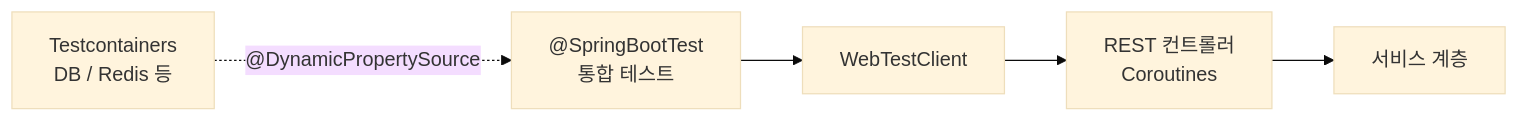
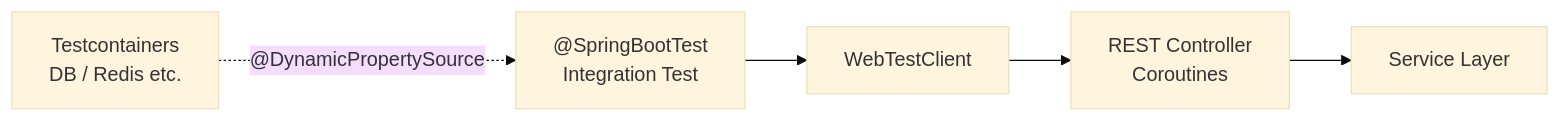
One commit to bluetape4k/bluetape4k-projects changed the fourth of 4 diagrams in spring-boot3/core/README.md. Above: the diagram before and after it, drawn with Mermaid (base theme). The commit also changed other lines of this file and 265 other files, not shown here.

````diff
--- a/spring-boot3/core/README.md
+++ b/spring-boot3/core/README.md
@@ -140,7 +142,7 @@
 ```mermaid
 flowchart LR
-    Test["@SpringBootTest<br/>통합 테스트"] --> WTC["WebTestClient"]
-    WTC --> Controller["REST 컨트롤러<br/>Coroutines"]
-    Controller --> Service["서비스 계층"]
-    TC["Testcontainers<br/>DB / Redis 등"] -.->|"@DynamicPropertySource"| Test
+    Test["@SpringBootTest<br/>Integration Test"] --> WTC["WebTestClient"]
+    WTC --> Controller["REST Controller<br/>Coroutines"]
+    Controller --> Service["Service Layer"]
+    TC["Testcontainers<br/>DB / Redis etc."] -.->|"@DynamicPropertySource"| Test
 ```
````
